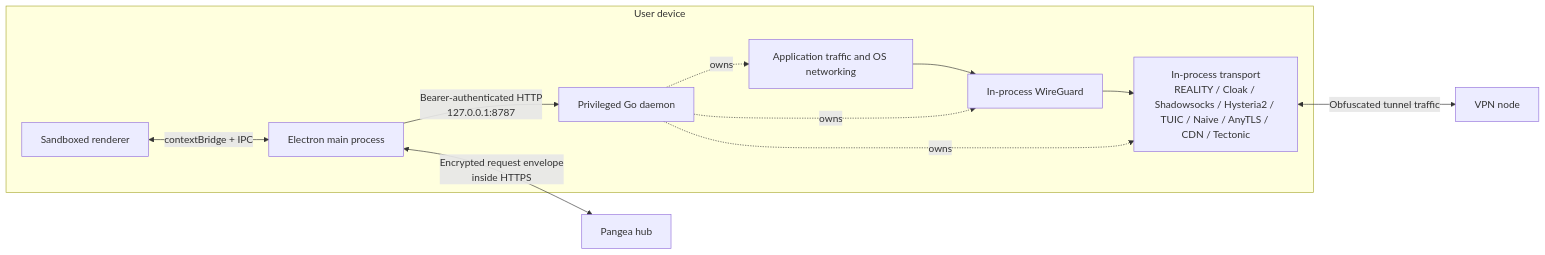
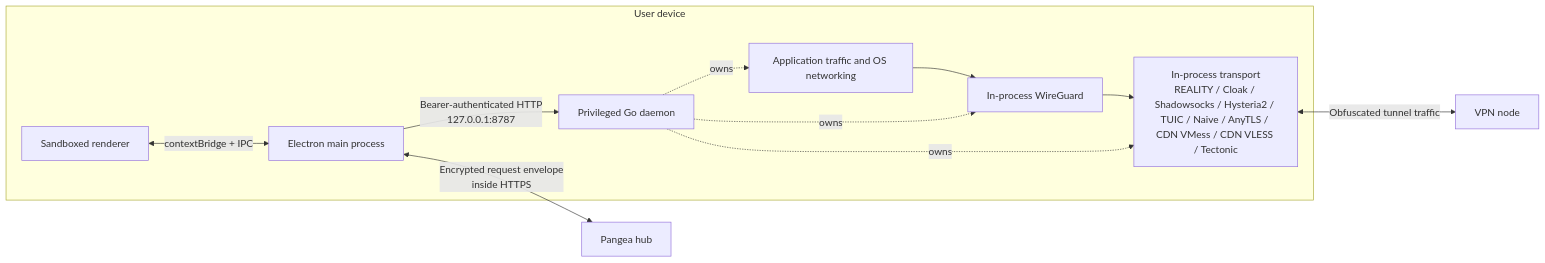
The first of 3 diagrams in docs/architecture.md (pangeavpn/pangeavpn-app), drawn with Mermaid before and after one commit. The commit also changed other lines of this file and 1 other file, not shown here.

Commit message:
docs: describe CDN over VMess and over VLESS as separate transports

````diff
--- a/docs/architecture.md
+++ b/docs/architecture.md
@@ -42,15 +42,15 @@
 ```mermaid
 flowchart LR
     subgraph Device[User device]
         Renderer[Sandboxed renderer] <-->|contextBridge + IPC| Main[Electron main process]
         Main -->|Bearer-authenticated HTTP<br/>127.0.0.1:8787| Daemon[Privileged Go daemon]
         OS[Application traffic and OS networking] --> WG[In-process WireGuard]
-        WG --> Transport[In-process transport<br/>REALITY / Cloak / Shadowsocks / Hysteria2 / TUIC / Naive / AnyTLS / CDN / Tectonic]
+        WG --> Transport[In-process transport<br/>REALITY / Cloak / Shadowsocks / Hysteria2 / TUIC / Naive / AnyTLS / CDN VMess / CDN VLESS / Tectonic]
         Daemon -. owns .-> OS
         Daemon -. owns .-> WG
         Daemon -. owns .-> Transport
     end
 
     Main <-->|Encrypted request envelope<br/>inside HTTPS| Hub[Pangea hub]
     Transport <-->|Obfuscated tunnel traffic| Node[VPN node]
 ```
````
